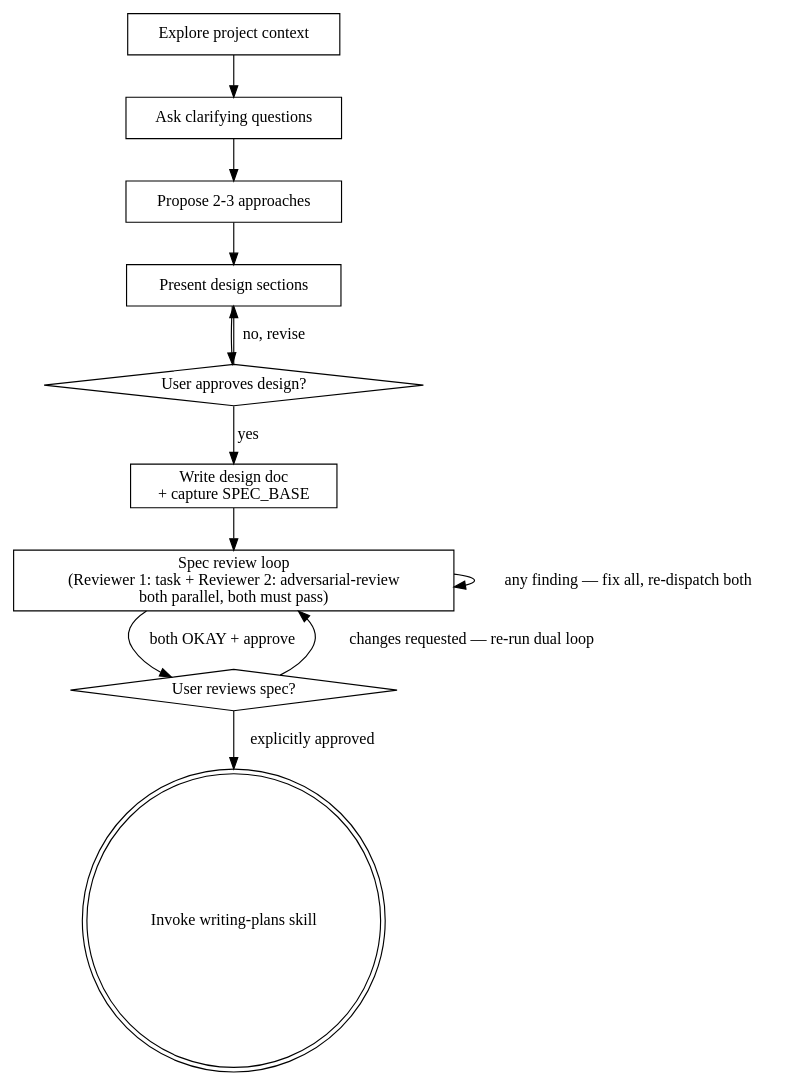
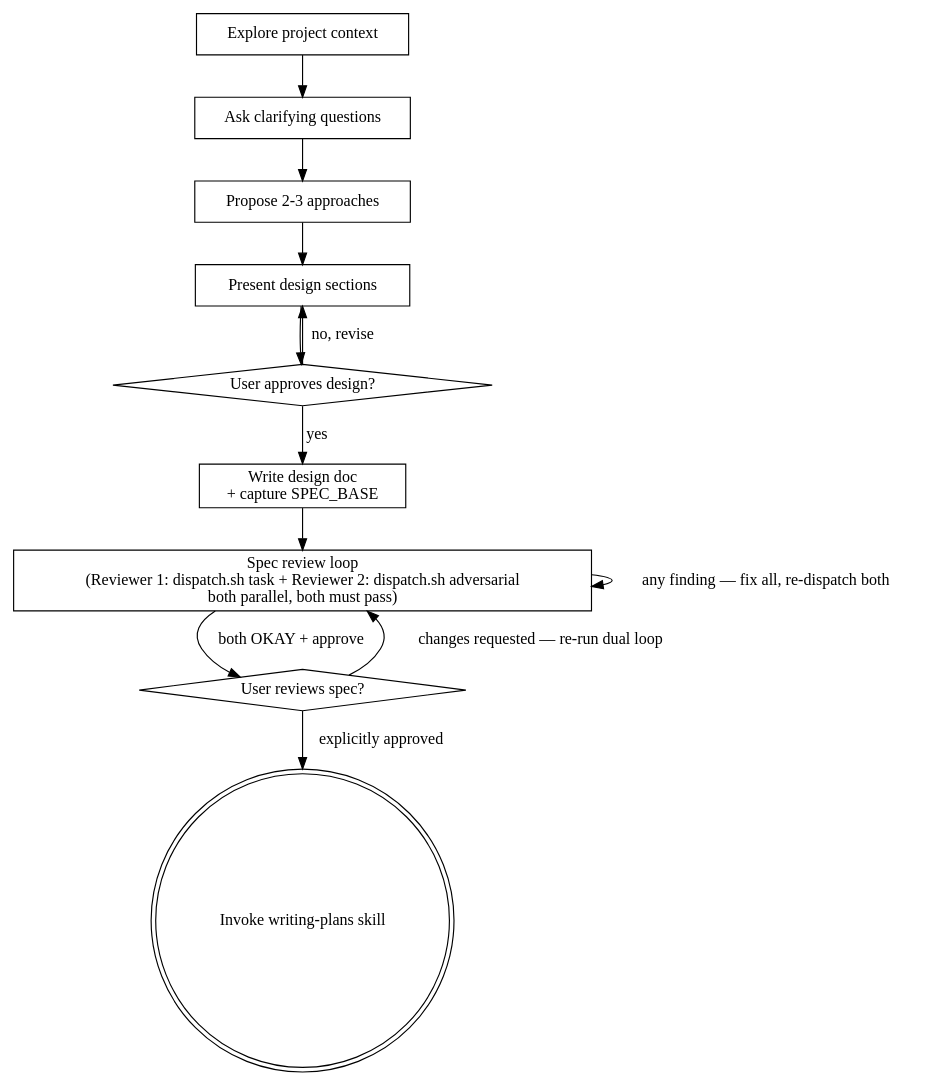
The diagram in skills/brainstorming/SKILL.md (stu43005/superpowers-codex), drawn with Graphviz before and after one commit. The commit also changed other lines of this file, not shown here.

First line of the commit message:
refactor(brainstorming): dispatch dual spec reviewers via dispatch.sh

````diff
--- a/skills/brainstorming/SKILL.md
+++ b/skills/brainstorming/SKILL.md
@@ -35,25 +35,25 @@
 ```dot
 digraph brainstorming {
     "Explore project context" [shape=box];
     "Ask clarifying questions" [shape=box];
     "Propose 2-3 approaches" [shape=box];
     "Present design sections" [shape=box];
     "User approves design?" [shape=diamond];
     "Write design doc\n+ capture SPEC_BASE" [shape=box];
-    "Spec review loop\n(Reviewer 1: task + Reviewer 2: adversarial-review\nboth parallel, both must pass)" [shape=box];
+    "Spec review loop\n(Reviewer 1: dispatch.sh task + Reviewer 2: dispatch.sh adversarial\nboth parallel, both must pass)" [shape=box];
     "User reviews spec?" [shape=diamond];
     "Invoke writing-plans skill" [shape=doublecircle];
 
     "Explore project context" -> "Ask clarifying questions";
     "Ask clarifying questions" -> "Propose 2-3 approaches";
     "Propose 2-3 approaches" -> "Present design sections";
     "Present design sections" -> "User approves design?";
     "User approves design?" -> "Present design sections" [label="no, revise"];
     "User approves design?" -> "Write design doc\n+ capture SPEC_BASE" [label="yes"];
-    "Write design doc\n+ capture SPEC_BASE" -> "Spec review loop\n(Reviewer 1: task + Reviewer 2: adversarial-review\nboth parallel, both must pass)";
-    "Spec review loop\n(Reviewer 1: task + Reviewer 2: adversarial-review\nboth parallel, both must pass)" -> "Spec review loop\n(Reviewer 1: task + Reviewer 2: adversarial-review\nboth parallel, both must pass)" [label="any finding — fix all, re-dispatch both"];
-    "Spec review loop\n(Reviewer 1: task + Reviewer 2: adversarial-review\nboth parallel, both must pass)" -> "User reviews spec?" [label="both OKAY + approve"];
-    "User reviews spec?" -> "Spec review loop\n(Reviewer 1: task + Reviewer 2: adversarial-review\nboth parallel, both must pass)" [label="changes requested — re-run dual loop"];
+    "Write design doc\n+ capture SPEC_BASE" -> "Spec review loop\n(Reviewer 1: dispatch.sh task + Reviewer 2: dispatch.sh adversarial\nboth parallel, both must pass)";
+    "Spec review loop\n(Reviewer 1: dispatch.sh task + Reviewer 2: dispatch.sh adversarial\nboth parallel, both must pass)" -> "Spec review loop\n(Reviewer 1: dispatch.sh task + Reviewer 2: dispatch.sh adversarial\nboth parallel, both must pass)" [label="any finding — fix all, re-dispatch both"];
+    "Spec review loop\n(Reviewer 1: dispatch.sh task + Reviewer 2: dispatch.sh adversarial\nboth parallel, both must pass)" -> "User reviews spec?" [label="both OKAY + approve"];
+    "User reviews spec?" -> "Spec review loop\n(Reviewer 1: dispatch.sh task + Reviewer 2: dispatch.sh adversarial\nboth parallel, both must pass)" [label="changes requested — re-run dual loop"];
     "User reviews spec?" -> "Invoke writing-plans skill" [label="explicitly approved"];
 }
 ```
````
